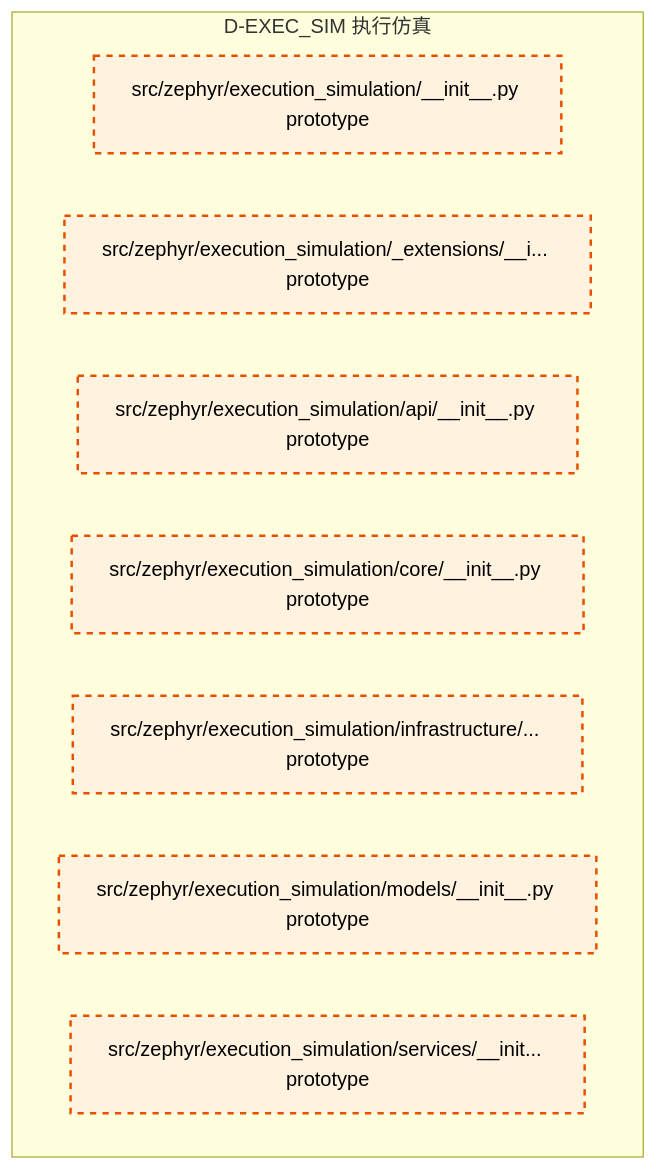
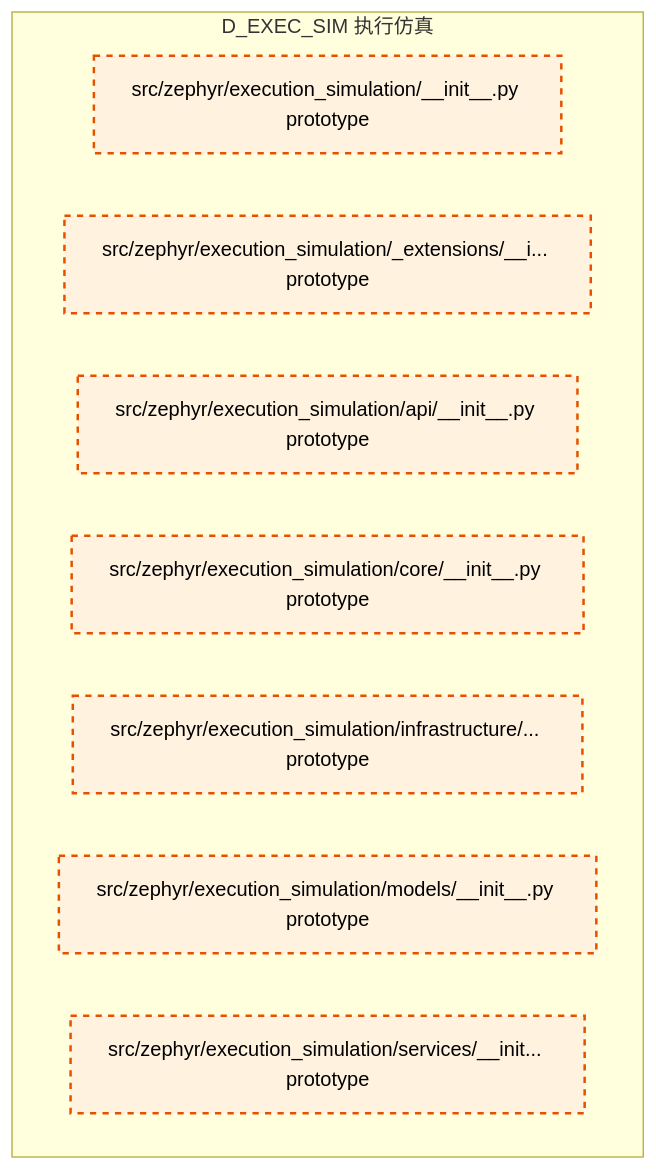
The diagram in docs/02_enterprise_architecture/02_domain_architecture_docs/28_d_exec_sim.md (xuanFelixVan/ZephyrAlpha), drawn with Mermaid before and after one commit. The commit also changed other lines of this file and 106 other files, not shown here.

````diff
--- a/docs/02_enterprise_architecture/02_domain_architecture_docs/28_d_exec_sim.md
+++ b/docs/02_enterprise_architecture/02_domain_architecture_docs/28_d_exec_sim.md
@@ -47,17 +47,17 @@
 ```mermaid
 graph TD
-    subgraph D_EXEC_SIM["D-EXEC_SIM 执行仿真"]
+    subgraph D_EXEC_SIM["D_EXEC_SIM 执行仿真"]
         src_zephyr_execution_simulation_init_py["src/zephyr/execution_simulation/__init__.py prototype"]
         src_zephyr_execution_simulation_extensions_init_py["src/zephyr/execution_simulation/_extensions/__i... prototype"]
         src_zephyr_execution_simulation_api_init_py["src/zephyr/execution_simulation/api/__init__.py prototype"]
         src_zephyr_execution_simulation_core_init_py["src/zephyr/execution_simulation/core/__init__.py prototype"]
         src_zephyr_execution_simulation_infrastructure_init_py["src/zephyr/execution_simulation/infrastructure/... prototype"]
         src_zephyr_execution_simulation_models_init_py["src/zephyr/execution_simulation/models/__init__.py prototype"]
         src_zephyr_execution_simulation_services_init_py["src/zephyr/execution_simulation/services/__init... prototype"]
     end
     classDef production fill:#e1f5fe,stroke:#01579b,stroke-width:2px,color:#000
     classDef design fill:#fff3e0,stroke:#e65100,stroke-width:2px,color:#000,stroke-dasharray: 5 5
     classDef external_prod fill:#e8f5e9,stroke:#1b5e20,stroke-width:1px,color:#000
     classDef external_design fill:#fce4ec,stroke:#880e4f,stroke-width:1px,color:#000,stroke-dasharray: 5 5
     class src_zephyr_execution_simulation_init_py,src_zephyr_execution_simulation_extensions_init_py,src_zephyr_execution_simulation_api_init_py,src_zephyr_execution_simulation_core_init_py,src_zephyr_execution_simulation_infrastructure_init_py,src_zephyr_execution_simulation_models_init_py,src_zephyr_execution_simulation_services_init_py design
 ```
````
